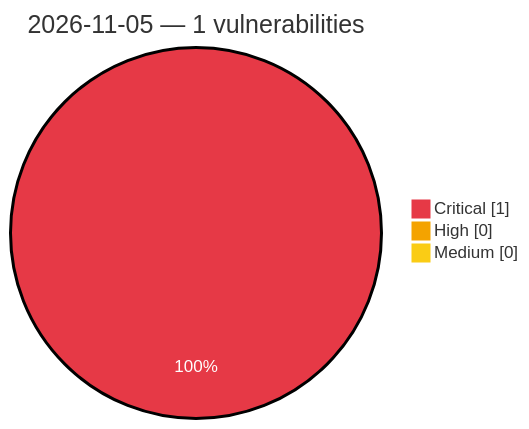
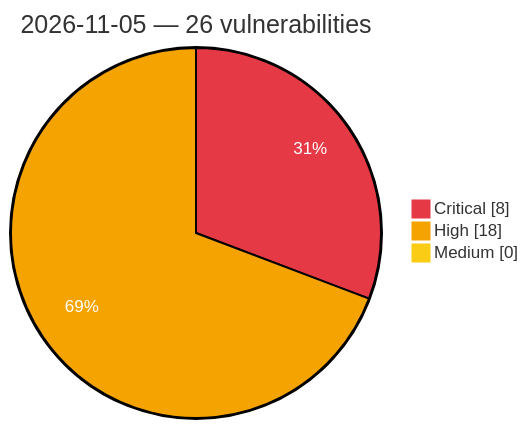
The diagram in vulnerabilities/2026/November/2026-11-05.md (GhostX0X/vuln-tracker), drawn with Mermaid before and after one commit. The commit also changed other lines of this file and 5 other files, not shown here.

Commit message:
Auto update: critical/high vulns (2026-11-05 10:53 UTC)

````diff
--- a/vulnerabilities/2026/November/2026-11-05.md
+++ b/vulnerabilities/2026/November/2026-11-05.md
@@ -3,8 +3,8 @@
 ```mermaid
 %%{init: {'theme':'base', 'themeVariables': {'pie1':'#e63946', 'pie2':'#f4a300', 'pie3':'#facc15', 'pieOpacity':'1', 'pieOuterStrokeWidth':'2px', 'pieSectionTextColor':'#ffffff'}}}%%
 pie showData
-    title 2026-11-05 — 1 vulnerabilities
-    "Critical" : 1
-    "High" : 0
+    title 2026-11-05 — 26 vulnerabilities
+    "Critical" : 8
+    "High" : 18
     "Medium" : 0
 ```
````
